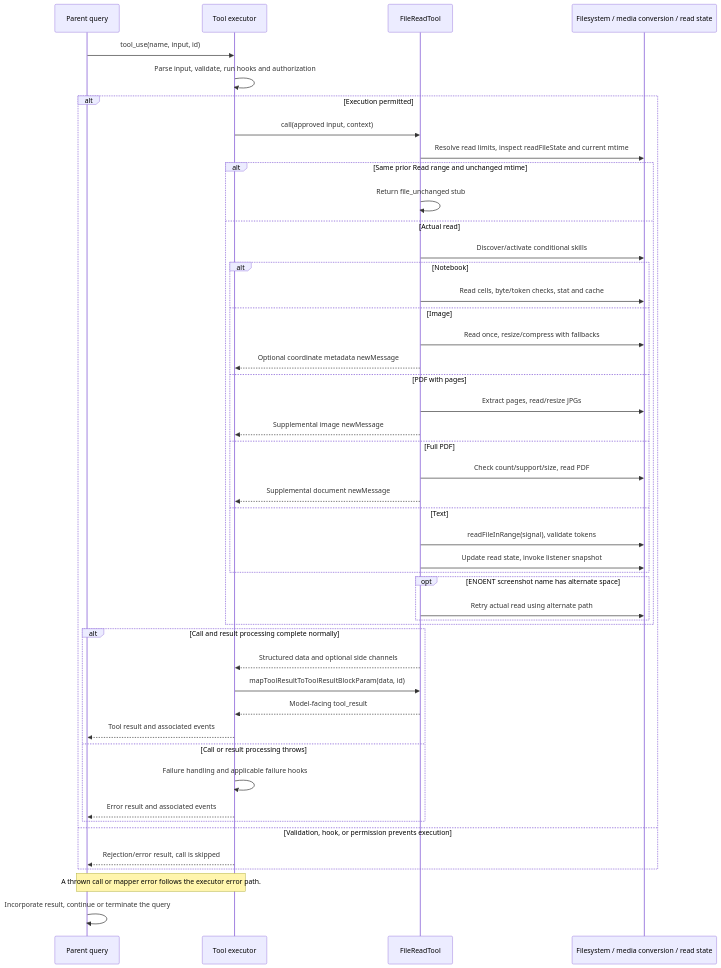
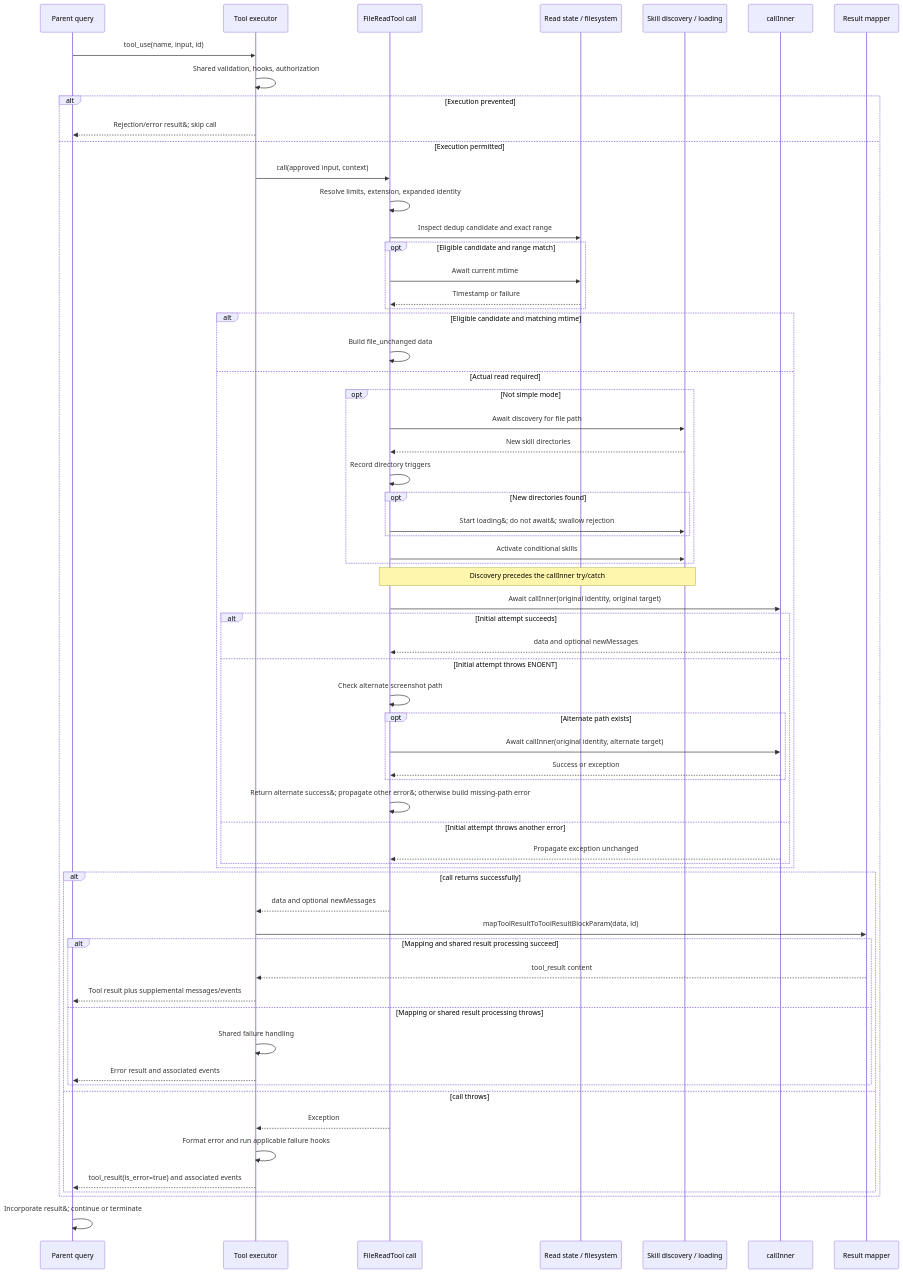
The first of 2 diagrams in docs/design/tools/files-search-code-intelligence/FileReadTool/internals.md (GabrielWithTina/claude-code), drawn with Mermaid before and after one commit. The commit also changed other lines of this file and 2 other files, not shown here.

Commit message:
docs: expand file read and tool orchestration internals

````diff
--- a/docs/design/tools/files-search-code-intelligence/FileReadTool/internals.md
+++ b/docs/design/tools/files-search-code-intelligence/FileReadTool/internals.md
@@ -75,49 +206,66 @@
 ```mermaid
 sequenceDiagram
     participant Q as Parent query
     participant E as Tool executor
-    participant T as FileReadTool
-    participant D as Filesystem / media conversion / read state
+    participant C as FileReadTool call
+    participant S as Read state / filesystem
+    participant K as Skill discovery / loading
+    participant I as callInner
+    participant M as Result mapper
     Q->>E: tool_use(name, input, id)
-    E->>E: Parse input, validate, run hooks and authorization
-    alt Execution permitted
-        E->>T: call(approved input, context)
-        T->>D: Resolve read limits, inspect readFileState and current mtime
-        alt Same prior Read range and unchanged mtime
-            T->>T: Return file_unchanged stub
-        else Actual read
-            T->>D: Discover/activate conditional skills
-            alt Notebook
-                T->>D: Read cells, byte/token checks, stat and cache
-            else Image
-                T->>D: Read once, resize/compress with fallbacks
-                T-->>E: Optional coordinate metadata newMessage
-            else PDF with pages
-                T->>D: Extract pages, read/resize JPGs
-                T-->>E: Supplemental image newMessage
-            else Full PDF
-                T->>D: Check count/support/size, read PDF
-                T-->>E: Supplemental document newMessage
-            else Text
-                T->>D: readFileInRange(signal), validate tokens
-                T->>D: Update read state, invoke listener snapshot
+    E->>E: Shared validation, hooks, authorization
+    alt Execution prevented
+        E-->>Q: Rejection/error result&#59; skip call
+    else Execution permitted
+        E->>C: call(approved input, context)
+        C->>C: Resolve limits, extension, expanded identity
+        C->>S: Inspect dedup candidate and exact range
+        opt Eligible candidate and range match
+            C->>S: Await current mtime
+            S-->>C: Timestamp or failure
+        end
+        alt Eligible candidate and matching mtime
+            C->>C: Build file_unchanged data
+        else Actual read required
+            opt Not simple mode
+                C->>K: Await discovery for file path
+                K-->>C: New skill directories
+                C->>C: Record directory triggers
+                opt New directories found
+                    C->>K: Start loading&#59; do not await&#59; swallow rejection
+                end
+                C->>K: Activate conditional skills
             end
-            opt ENOENT screenshot name has alternate space
-                T->>D: Retry actual read using alternate path
+            Note over C,K: Discovery precedes the callInner try/catch
+            C->>I: Await callInner(original identity, original target)
+            alt Initial attempt succeeds
+                I-->>C: data and optional newMessages
+            else Initial attempt throws ENOENT
+                C->>C: Check alternate screenshot path
+                opt Alternate path exists
+                    C->>I: Await callInner(original identity, alternate target)
+                    I-->>C: Success or exception
+                end
+                C->>C: Return alternate success&#59; propagate other error&#59; otherwise build missing-path error
+            else Initial attempt throws another error
+                I-->>C: Propagate exception unchanged
             end
         end
-        alt Call and result processing complete normally
-            T-->>E: Structured data and optional side channels
-            E->>T: mapToolResultToToolResultBlockParam(data, id)
-            T-->>E: Model-facing tool_result
-            E-->>Q: Tool result and associated events
-        else Call or result processing throws
-            E->>E: Failure handling and applicable failure hooks
-            E-->>Q: Error result and associated events
+        alt call returns successfully
+            C-->>E: data and optional newMessages
+            E->>M: mapToolResultToToolResultBlockParam(data, id)
+            alt Mapping and shared result processing succeed
+                M-->>E: tool_result content
+                E-->>Q: Tool result plus supplemental messages/events
+            else Mapping or shared result processing throws
+                E->>E: Shared failure handling
+                E-->>Q: Error result and associated events
+            end
+        else call throws
+            C-->>E: Exception
+            E->>E: Format error and run applicable failure hooks
+            E-->>Q: tool_result(is_error=true) and associated events
         end
-    else Validation, hook, or permission prevents execution
-        E-->>Q: Rejection/error result, call is skipped
     end
-    Note over E,Q: A thrown call or mapper error follows the executor error path.
-    Q->>Q: Incorporate result, continue or terminate the query
+    Q->>Q: Incorporate result&#59; continue or terminate
 ```
````
